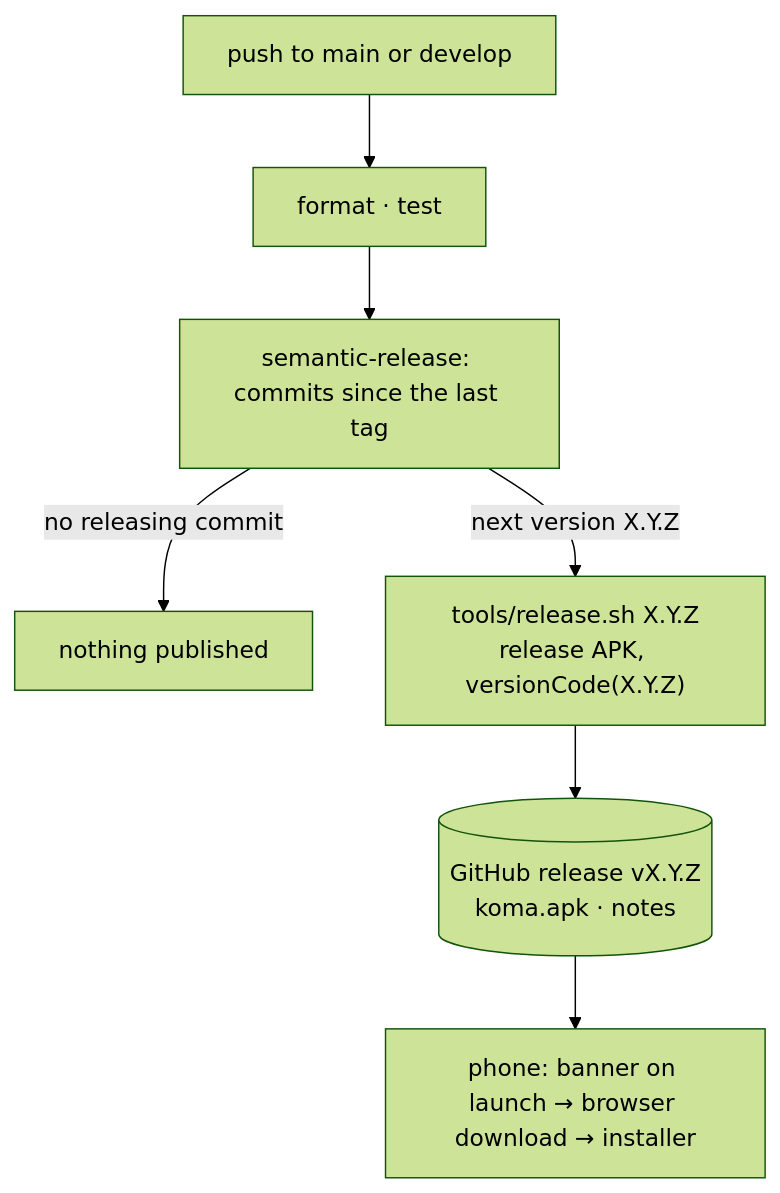
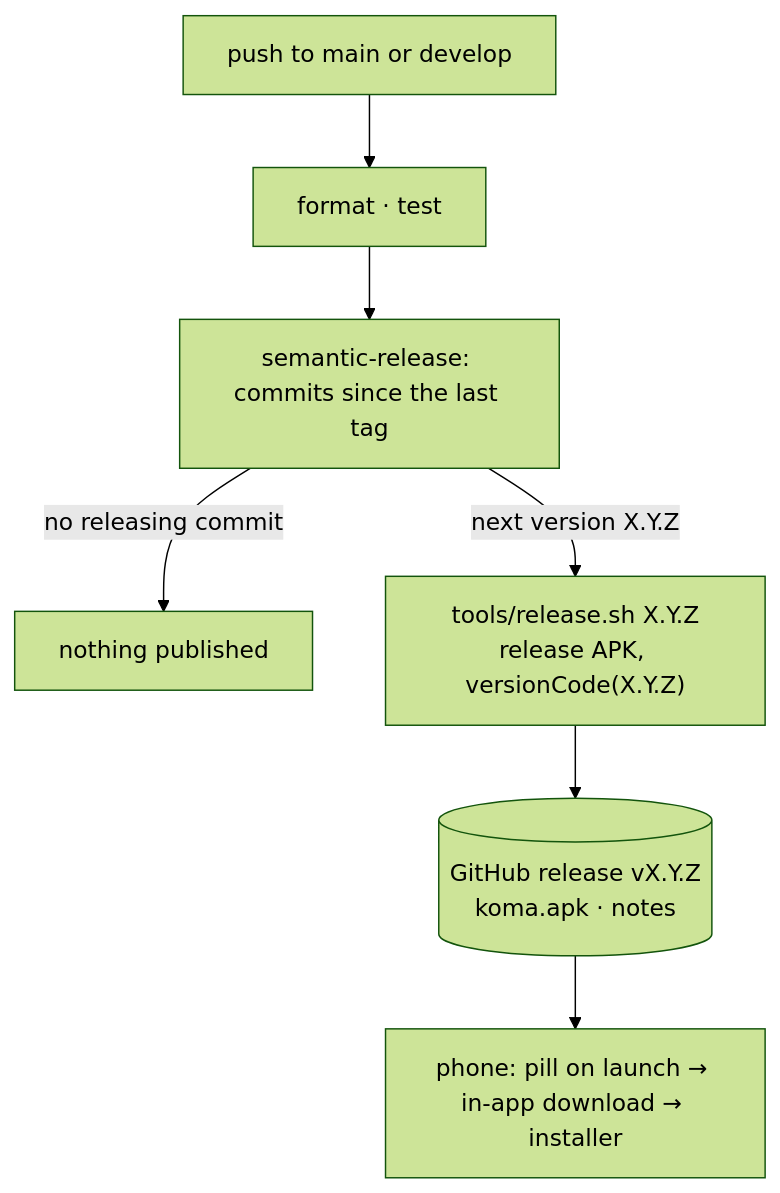
One commit to antoine-bouteiller/koma changed the diagram in doc/architecture/specs/distribution.spec.md. Above: the diagram before and after it, drawn with Mermaid (forest theme). The commit also changed other lines of this file and 20 other files, not shown here.

Commit message:
feat(update): download and install releases in-app

````diff
--- a/doc/architecture/specs/distribution.spec.md
+++ b/doc/architecture/specs/distribution.spec.md
@@ -64,9 +67,9 @@
 ```mermaid
 flowchart TB
   P["push to main or develop"] --> G["format · test"]
   G --> S["semantic-release: commits since the last tag"]
   S -->|"no releasing commit"| X["nothing published"]
   S -->|"next version X.Y.Z"| B["tools/release.sh X.Y.Z<br/>release APK, versionCode(X.Y.Z)"]
   B --> R[("GitHub release vX.Y.Z<br/>koma.apk · notes")]
-  R --> Ph["phone: banner on launch → browser download → installer"]
+  R --> Ph["phone: pill on launch → in-app download → installer"]
 ```
````
